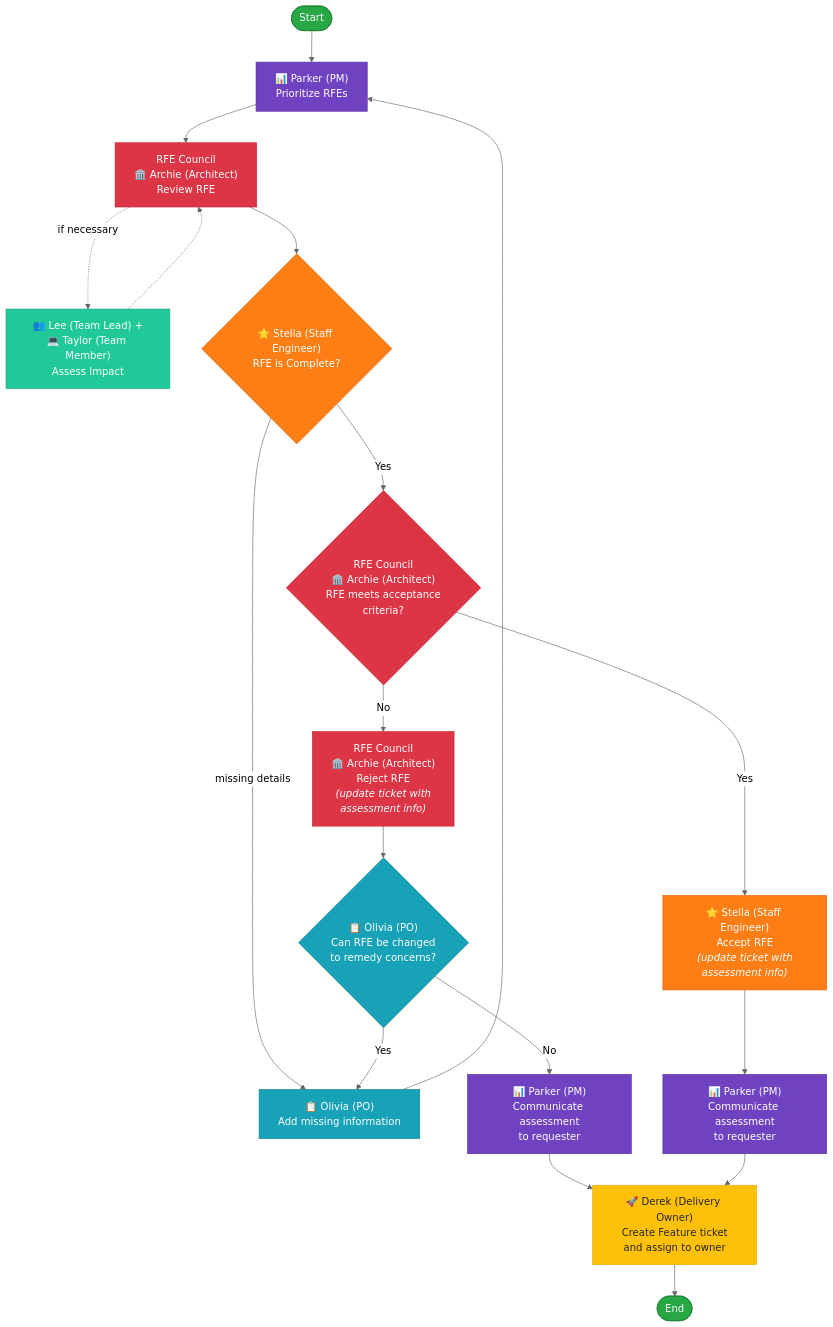
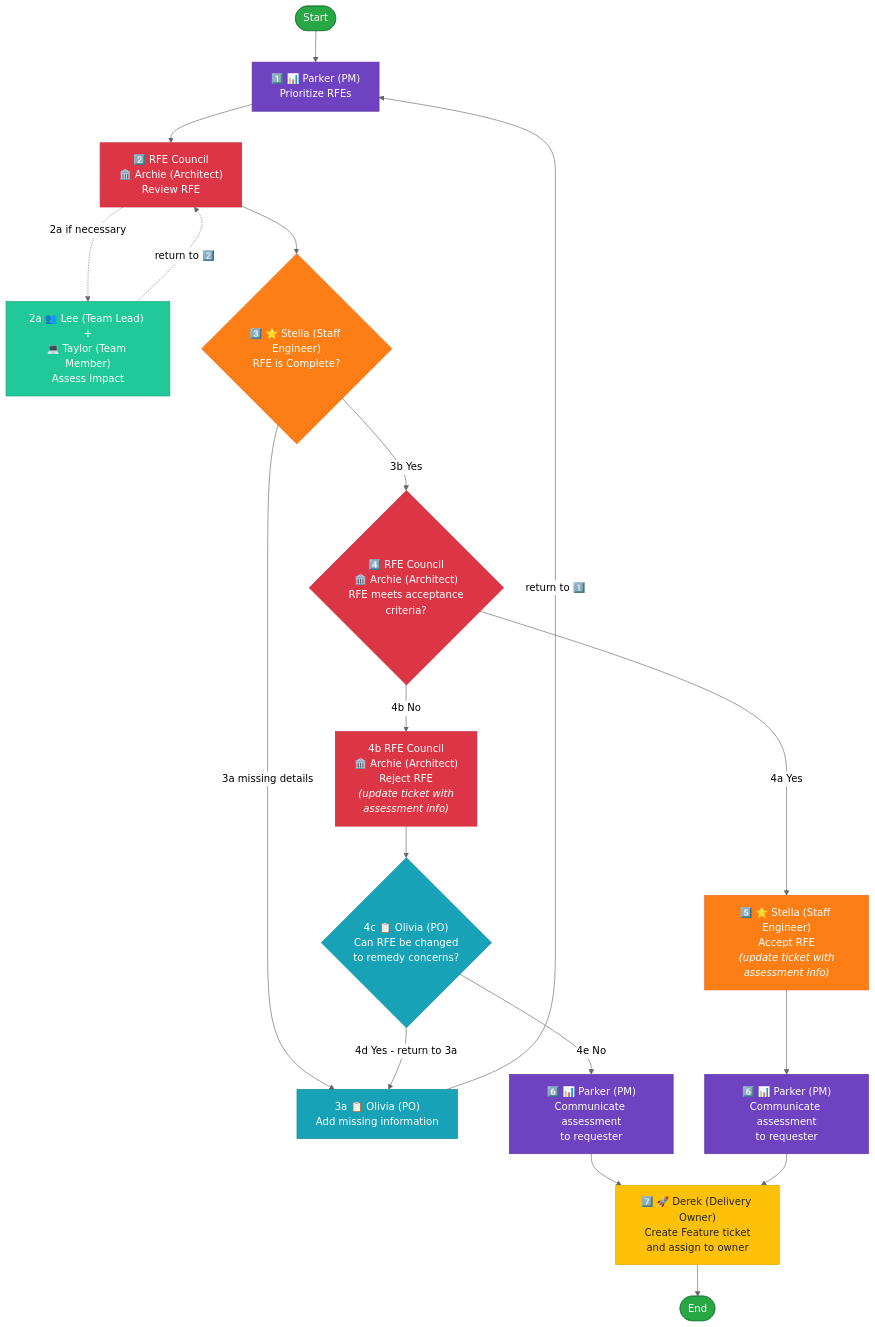
One commit to sbekkerm/vTeam changed the diagram in diagrams/rfe-council-workflow-2025-08-mermaid.mmd. Above: the diagram before and after it, drawn with Mermaid (neutral theme).

Commit message:
Add sequence numbering to RFE Council workflow diagram
- Added numbered steps (1️⃣-7️⃣) for main workflow sequence
- Included sub-step letters (2a, 3a, 4a-4e) for branches and alternatives
- Added "return to step X" labels for feedback loops clarity
- Enhanced readability and workflow comprehension for readers
- Maintained all existing agent assignments and visual styling

🤖 Generated with [Claude Code](https://claude.ai/code)

```diff
--- a/diagrams/rfe-council-workflow-2025-08-mermaid.mmd
+++ b/diagrams/rfe-council-workflow-2025-08-mermaid.mmd
@@ -1,43 +1,43 @@
 flowchart TD
-    Start([Start]) --> PrioritizeRFE["📊 Parker (PM)<br/>Prioritize RFEs"]
+    Start([Start]) --> PrioritizeRFE["1️⃣ 📊 Parker (PM)<br/>Prioritize RFEs"]
     
-    PrioritizeRFE --> ReviewRFE["RFE Council<br/>🏛️ Archie (Architect)<br/>Review RFE"]
-    ReviewRFE -.->|if necessary| AssessImpact["👥 Lee (Team Lead) +<br/>💻 Taylor (Team Member)<br/>Assess Impact"]
-    AssessImpact -.-> ReviewRFE
+    PrioritizeRFE --> ReviewRFE["2️⃣ RFE Council<br/>🏛️ Archie (Architect)<br/>Review RFE"]
+    ReviewRFE -.->|2a if necessary| AssessImpact["2a 👥 Lee (Team Lead) +<br/>💻 Taylor (Team Member)<br/>Assess Impact"]
+    AssessImpact -.->|return to 2️⃣| ReviewRFE
     
-    ReviewRFE --> RFEComplete{"⭐ Stella (Staff Engineer)<br/>RFE is Complete?"}
-    RFEComplete -->|missing details| AddInfo["📋 Olivia (PO)<br/>Add missing information"]
-    AddInfo --> PrioritizeRFE
+    ReviewRFE --> RFEComplete{"3️⃣ ⭐ Stella (Staff Engineer)<br/>RFE is Complete?"}
+    RFEComplete -->|3a missing details| AddInfo["3a 📋 Olivia (PO)<br/>Add missing information"]
+    AddInfo -->|return to 1️⃣| PrioritizeRFE
     
-    RFEComplete -->|Yes| RFEMeets{"RFE Council<br/>🏛️ Archie (Architect)<br/>RFE meets acceptance<br/>criteria?"}
+    RFEComplete -->|3b Yes| RFEMeets{"4️⃣ RFE Council<br/>🏛️ Archie (Architect)<br/>RFE meets acceptance<br/>criteria?"}
     
-    RFEMeets -->|Yes| AcceptRFE["⭐ Stella (Staff Engineer)<br/>Accept RFE<br/><i>(update ticket with<br/>assessment info)</i>"]
-    RFEMeets -->|No| RejectRFE["RFE Council<br/>🏛️ Archie (Architect)<br/>Reject RFE<br/><i>(update ticket with<br/>assessment info)</i>"]
+    RFEMeets -->|4a Yes| AcceptRFE["5️⃣ ⭐ Stella (Staff Engineer)<br/>Accept RFE<br/><i>(update ticket with<br/>assessment info)</i>"]
+    RFEMeets -->|4b No| RejectRFE["4b RFE Council<br/>🏛️ Archie (Architect)<br/>Reject RFE<br/><i>(update ticket with<br/>assessment info)</i>"]
     
-    RejectRFE --> CanChange{"📋 Olivia (PO)<br/>Can RFE be changed<br/>to remedy concerns?"}
-    CanChange -->|Yes| AddInfo
-    CanChange -->|No| CommReject["📊 Parker (PM)<br/>Communicate assessment<br/>to requester"]
+    RejectRFE --> CanChange{"4c 📋 Olivia (PO)<br/>Can RFE be changed<br/>to remedy concerns?"}
+    CanChange -->|4d Yes - return to 3a| AddInfo
+    CanChange -->|4e No| CommReject["6️⃣ 📊 Parker (PM)<br/>Communicate assessment<br/>to requester"]
     
-    AcceptRFE --> CommAccept["📊 Parker (PM)<br/>Communicate assessment<br/>to requester"]
+    AcceptRFE --> CommAccept["6️⃣ 📊 Parker (PM)<br/>Communicate assessment<br/>to requester"]
     
-    CommReject --> CreateTicket["🚀 Derek (Delivery Owner)<br/>Create Feature ticket<br/>and assign to owner"]
+    CommReject --> CreateTicket["7️⃣ 🚀 Derek (Delivery Owner)<br/>Create Feature ticket<br/>and assign to owner"]
     CommAccept --> CreateTicket
     
     CreateTicket --> End([End])
     
     %% Agent role-based styling
     classDef startEnd fill:#28a745,stroke:#1e7e34,color:#fff
     classDef productManager fill:#6f42c1,stroke:#5a32a3,color:#fff
     classDef productOwner fill:#17a2b8,stroke:#138496,color:#fff
     classDef architect fill:#dc3545,stroke:#c82333,color:#fff
     classDef staffEngineer fill:#fd7e14,stroke:#e8610e,color:#fff
     classDef teamLead fill:#20c997,stroke:#1aa179,color:#fff
     classDef deliveryOwner fill:#ffc107,stroke:#e0a800,color:#212529
     
     class Start,End startEnd
     class PrioritizeRFE,CommReject,CommAccept productManager
     class AddInfo,CanChange productOwner
     class ReviewRFE,RFEMeets,RejectRFE architect
     class RFEComplete,AcceptRFE staffEngineer
     class AssessImpact teamLead
     class CreateTicket deliveryOwner
```
